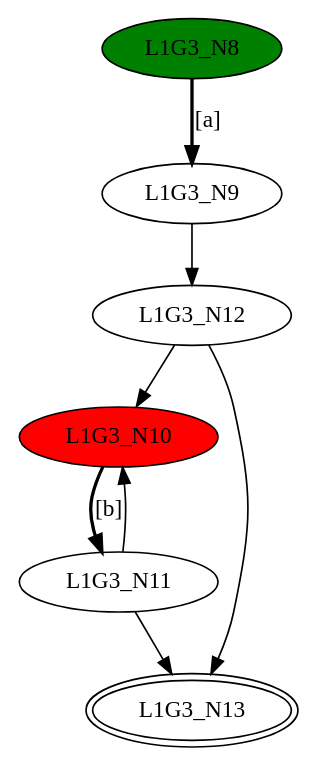
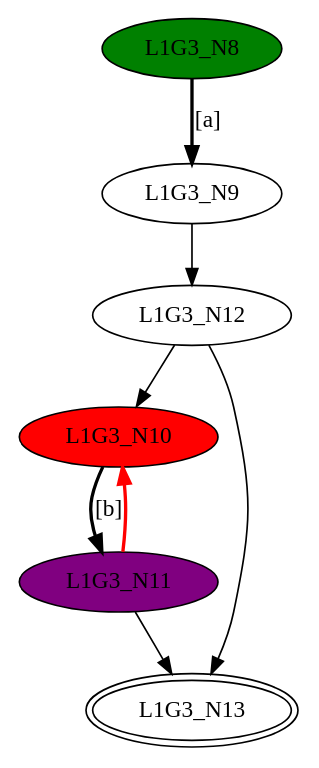
The diagram in DFASimulator/Testbench/merge1.dot (GDimitroulakos/EDUFLEX), drawn with Graphviz before and after one commit. The commit also changed 52 other files, not shown here.

Commit message:
Identify loops in the thompson algorithm generated NFA and expose it via coloring in the graphviz NFA graph

```diff
--- a/DFASimulator/Testbench/merge1.dot
+++ b/DFASimulator/Testbench/merge1.dot
@@ -1,15 +1,15 @@
 digraph G3{
 "L1G3_N8" [style=filled,fillcolor=green];
 "L1G3_N9";
 "L1G3_N10" [style=filled,fillcolor=red];
-"L1G3_N11";
+"L1G3_N11" [style=filled,fillcolor=purple];
 "L1G3_N12";
 "L1G3_N13" [peripheries=2];
 "L1G3_N8"->"L1G3_N9" [style = bold, label = "[a]"];
 "L1G3_N10"->"L1G3_N11" [style = bold, label = "[b]"];
 "L1G3_N12"->"L1G3_N10";
 "L1G3_N11"->"L1G3_N13";
 "L1G3_N12"->"L1G3_N13";
-"L1G3_N11"->"L1G3_N10";
+"L1G3_N11"->"L1G3_N10" [color=red,style = bold, label = ""];
 "L1G3_N9"->"L1G3_N12";
 }
```
